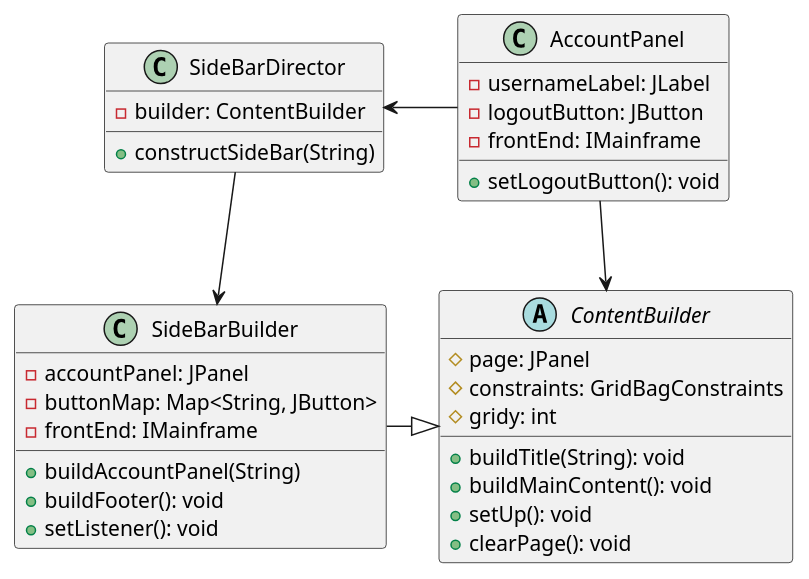
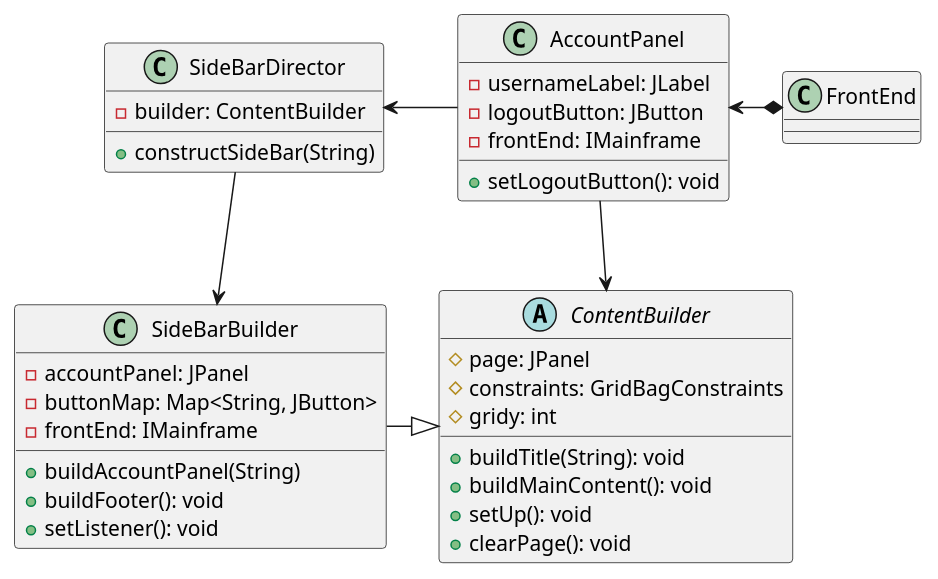
The diagram in doc/class-diagram/frontend/mainframe/AccountPanel.puml (leidZhang/Nutrifit), drawn with PlantUML before and after one commit. The commit also changed 45 other files, not shown here.

```diff
--- a/doc/class-diagram/frontend/mainframe/AccountPanel.puml
+++ b/doc/class-diagram/frontend/mainframe/AccountPanel.puml
@@ -1,44 +1,45 @@
 @startuml
 'https://plantuml.com/class-diagram
 
 abstract class ContentBuilder {
     #page: JPanel
     #constraints: GridBagConstraints
     #gridy: int
 
     +buildTitle(String): void
     +buildMainContent(): void
     +setUp(): void
     +clearPage(): void
 }
 
 class AccountPanel {
   - usernameLabel: JLabel
   - logoutButton: JButton
   - frontEnd: IMainframe
 
   + setLogoutButton(): void
 }
 
 class SideBarBuilder {
   - accountPanel: JPanel
   - buttonMap: Map<String, JButton>
   - frontEnd: IMainframe
 
   + buildAccountPanel(String)
   + buildFooter(): void
   + setListener(): void
 }
 
 class SideBarDirector {
  - builder: ContentBuilder
 
  + constructSideBar(String)
 }
 
 SideBarBuilder -right-|> ContentBuilder
 SideBarDirector -right-> SideBarBuilder
 AccountPanel --> ContentBuilder
 AccountPanel -left-> SideBarDirector
+FrontEnd *-left-> AccountPanel
 
 @enduml
```
